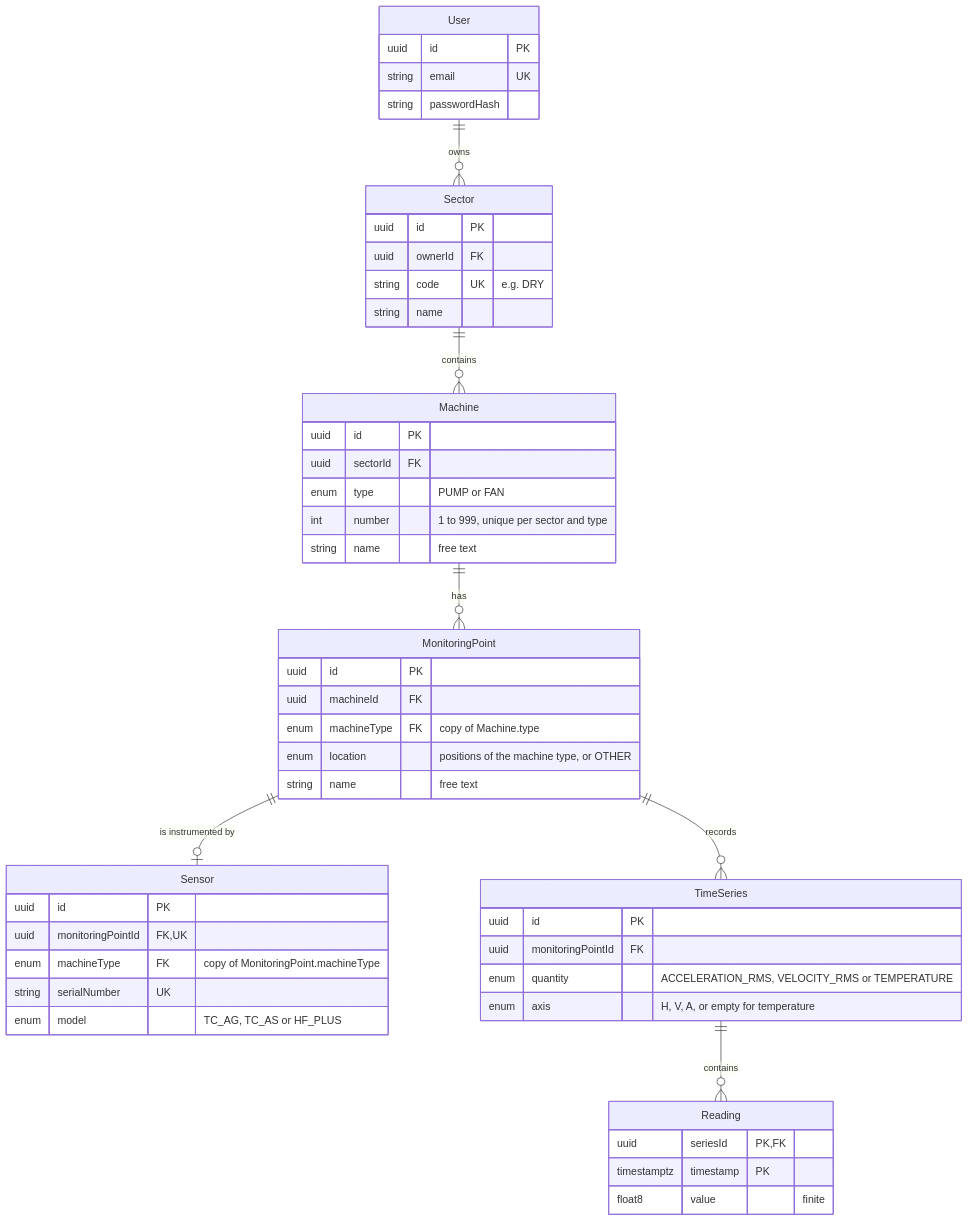
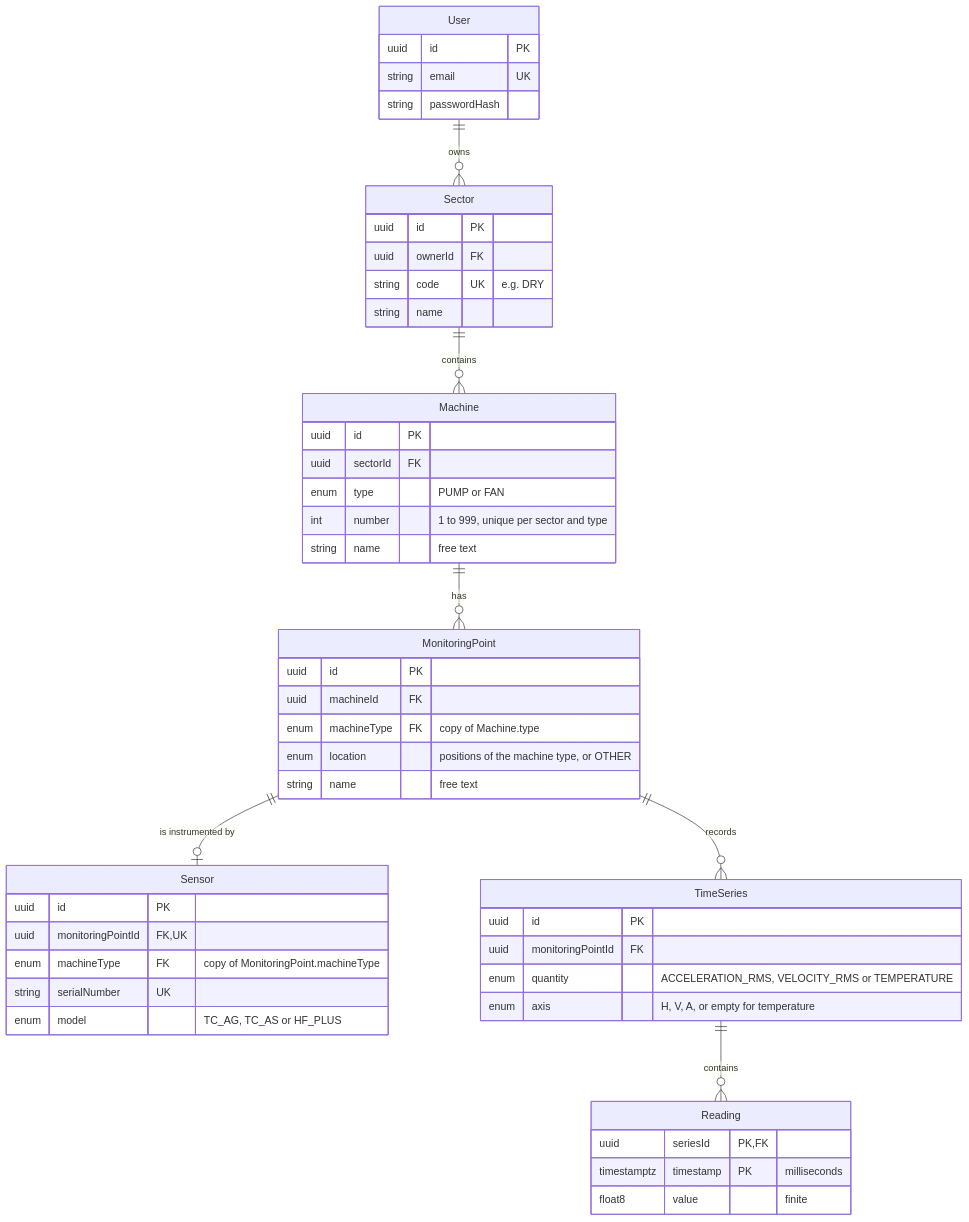
One commit to ellisonwilamil/developer-challenges changed the diagram in condition-monitor/docs/domain-model.md. Above: the diagram before and after it, drawn with Mermaid. The commit also changed 4 other files, not shown here.

````diff
--- a/condition-monitor/docs/domain-model.md
+++ b/condition-monitor/docs/domain-model.md
@@ -25,53 +25,53 @@
 ```mermaid
 erDiagram
     User ||--o{ Sector : owns
     Sector ||--o{ Machine : contains
     Machine ||--o{ MonitoringPoint : has
     MonitoringPoint ||--o| Sensor : "is instrumented by"
     MonitoringPoint ||--o{ TimeSeries : records
     TimeSeries ||--o{ Reading : contains
 
     User {
         uuid id PK
         string email UK
         string passwordHash
     }
     Sector {
         uuid id PK
         uuid ownerId FK
         string code UK "e.g. DRY"
         string name
     }
     Machine {
         uuid id PK
         uuid sectorId FK
         enum type "PUMP or FAN"
         int number "1 to 999, unique per sector and type"
         string name "free text"
     }
     MonitoringPoint {
         uuid id PK
         uuid machineId FK
         enum machineType FK "copy of Machine.type"
         enum location "positions of the machine type, or OTHER"
         string name "free text"
     }
     Sensor {
         uuid id PK
         uuid monitoringPointId FK,UK
         enum machineType FK "copy of MonitoringPoint.machineType"
         string serialNumber UK
         enum model "TC_AG, TC_AS or HF_PLUS"
     }
     TimeSeries {
         uuid id PK
         uuid monitoringPointId FK
         enum quantity "ACCELERATION_RMS, VELOCITY_RMS or TEMPERATURE"
         enum axis "H, V, A, or empty for temperature"
     }
     Reading {
         uuid seriesId PK,FK
-        timestamptz timestamp PK
+        timestamptz timestamp PK "milliseconds"
         float8 value "finite"
     }
 ```
````
